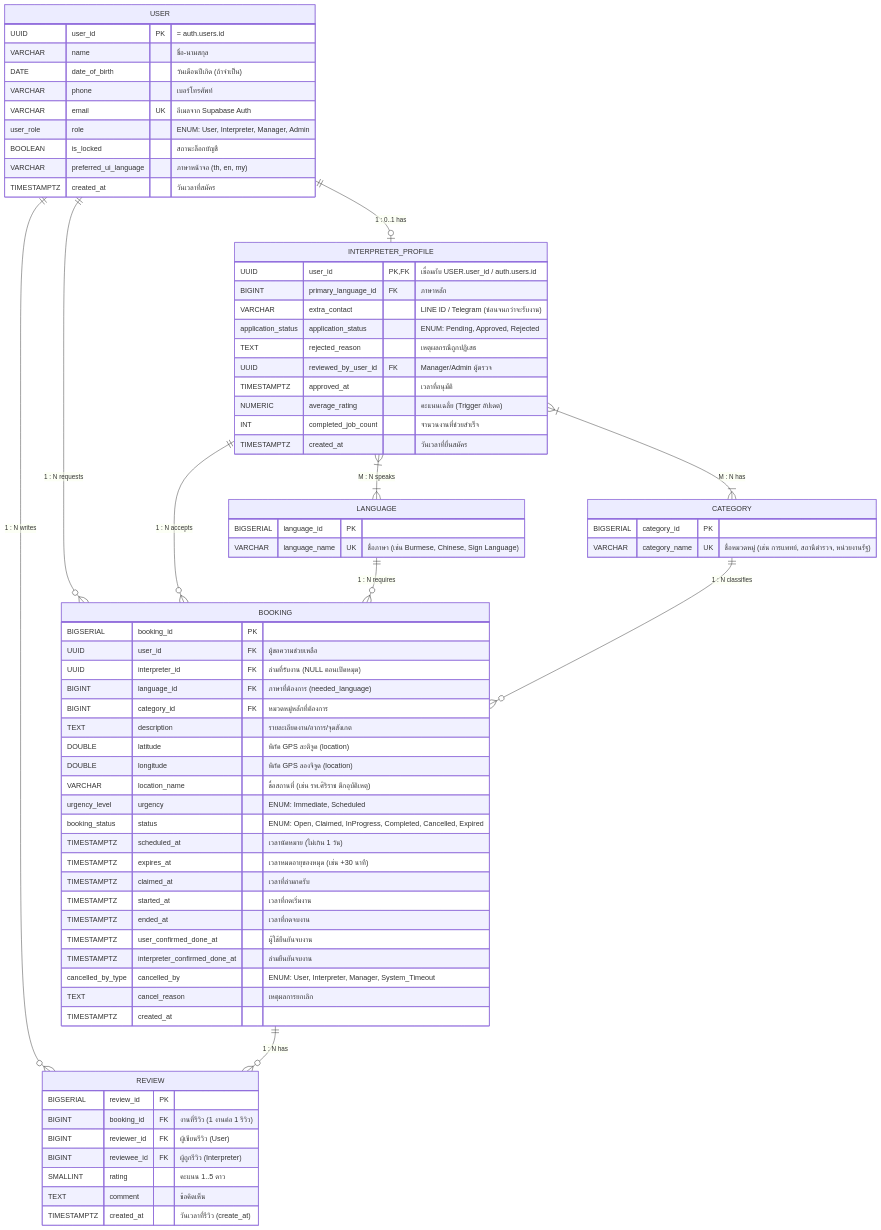
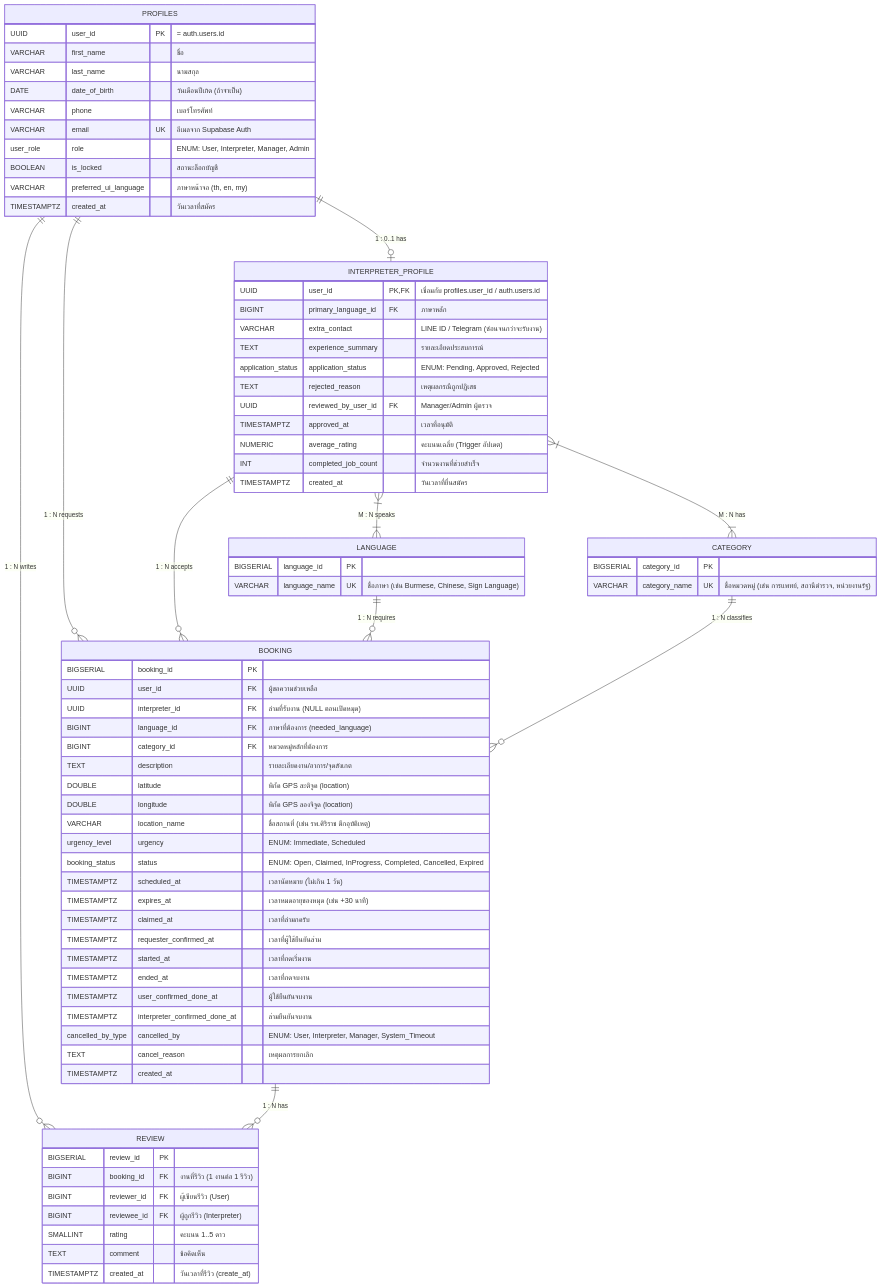
Before and after one commit to OnisawanO/khvi-helper: the second of 3 diagrams in detail.md, drawn with Mermaid. The commit also changed other lines of this file and 17 other files, not shown here.

````diff
--- a/detail.md
+++ b/detail.md
@@ -222,8 +223,8 @@
 ```mermaid
 erDiagram
-    USER ||--o| INTERPRETER_PROFILE : "1 : 0..1 has"
-    USER ||--o{ BOOKING : "1 : N requests"
-    USER ||--o{ REVIEW : "1 : N writes"
+    PROFILES ||--o| INTERPRETER_PROFILE : "1 : 0..1 has"
+    PROFILES ||--o{ BOOKING : "1 : N requests"
+    PROFILES ||--o{ REVIEW : "1 : N writes"
     
     INTERPRETER_PROFILE }|--|{ LANGUAGE : "M : N speaks"
     INTERPRETER_PROFILE }|--|{ CATEGORY : "M : N has"
@@ -233,9 +234,10 @@
     CATEGORY ||--o{ BOOKING : "1 : N classifies"
     BOOKING ||--o{ REVIEW : "1 : N has"
 
-    USER {
+    PROFILES {
         UUID user_id PK "= auth.users.id"
-        VARCHAR name "ชื่อ-นามสกุล"
+        VARCHAR first_name "ชื่อ"
+        VARCHAR last_name "นามสกุล"
         DATE date_of_birth "วันเดือนปีเกิด (ถ้าจำเป็น)"
         VARCHAR phone "เบอร์โทรศัพท์"
         VARCHAR email UK "อีเมลจาก Supabase Auth"
@@ -246,9 +248,10 @@
     }
 
     INTERPRETER_PROFILE {
-        UUID user_id PK,FK "เชื่อมกับ USER.user_id / auth.users.id"
+        UUID user_id PK,FK "เชื่อมกับ profiles.user_id / auth.users.id"
         BIGINT primary_language_id FK "ภาษาหลัก"
         VARCHAR extra_contact "LINE ID / Telegram (ซ่อนจนกว่าจะรับงาน)"
+        TEXT experience_summary "รายละเอียดประสบการณ์"
         application_status application_status "ENUM: Pending, Approved, Rejected"
         TEXT rejected_reason "เหตุผลกรณีถูกปฏิเสธ"
         UUID reviewed_by_user_id FK "Manager/Admin ผู้ตรวจ"
@@ -283,6 +286,7 @@
         TIMESTAMPTZ scheduled_at "เวลานัดหมาย (ไม่เกิน 1 วัน)"
         TIMESTAMPTZ expires_at "เวลาหมดอายุของหมุด (เช่น +30 นาที)"
         TIMESTAMPTZ claimed_at "เวลาที่ล่ามกดรับ"
+        TIMESTAMPTZ requester_confirmed_at "เวลาที่ผู้ใช้ยืนยันล่าม"
         TIMESTAMPTZ started_at "เวลาที่กดเริ่มงาน"
         TIMESTAMPTZ ended_at "เวลาที่กดจบงาน"
         TIMESTAMPTZ user_confirmed_done_at "ผู้ใช้ยืนยันจบงาน"
````
